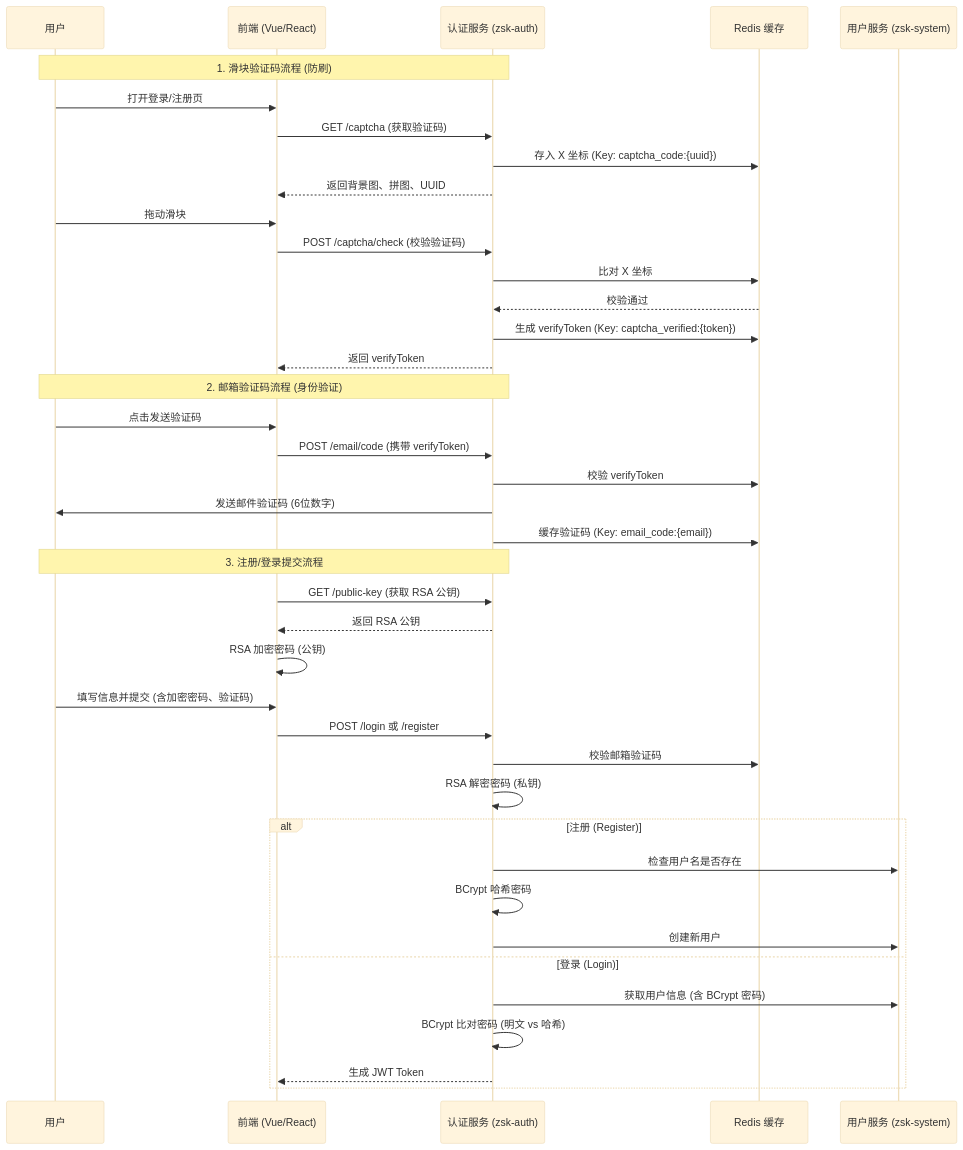
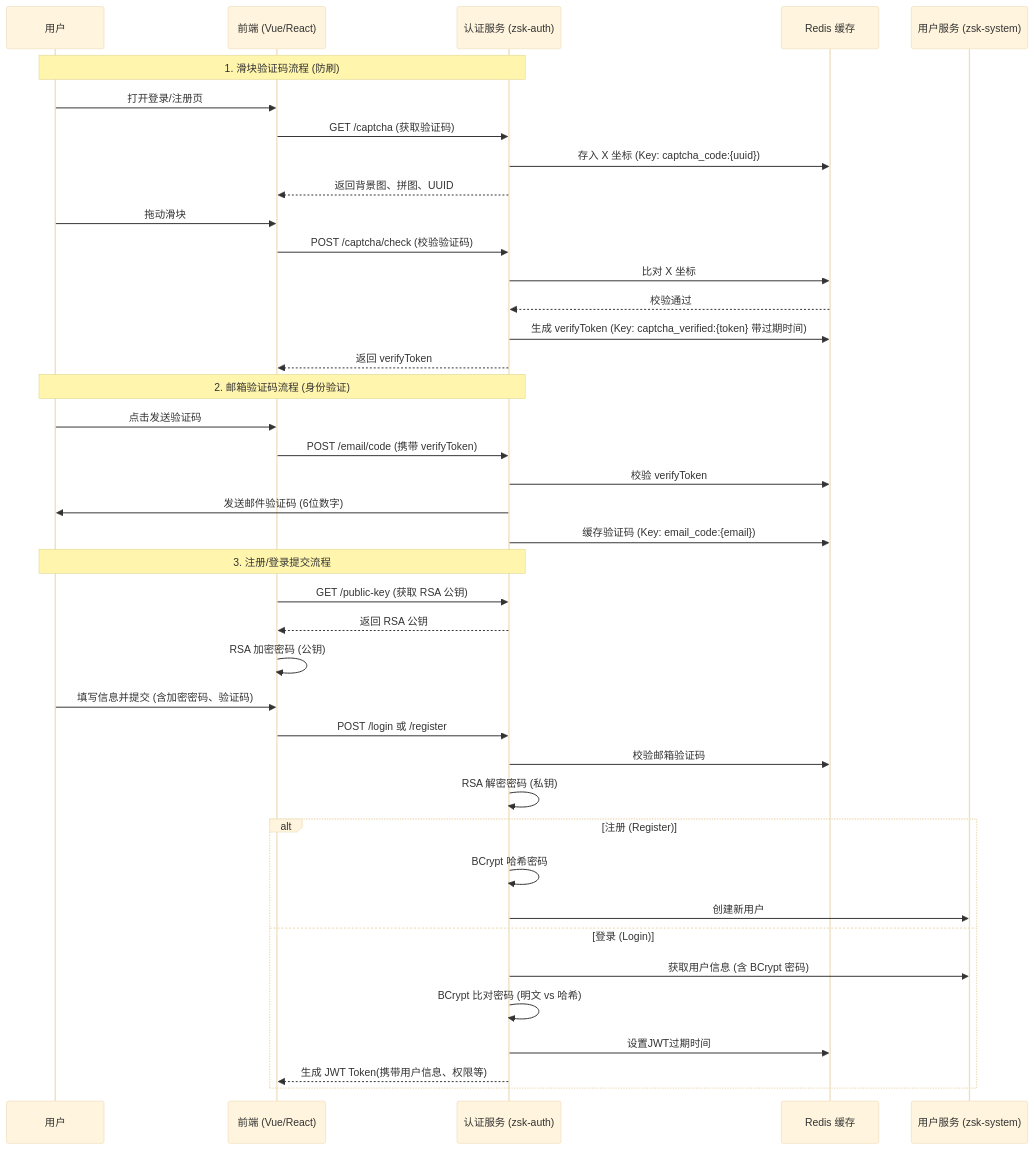
The first of 2 diagrams in docs/认证流程说明.md (MmzMing/zsk-cloud), drawn with Mermaid (base theme) before and after one commit. The commit also changed other lines of this file and 1 other file, not shown here.

````diff
--- a/docs/认证流程说明.md
+++ b/docs/认证流程说明.md
@@ -9,46 +7,46 @@
 ```mermaid
 sequenceDiagram
     participant User as 用户
     participant Frontend as 前端 (Vue/React)
     participant Auth as 认证服务 (zsk-auth)
     participant Redis as Redis 缓存
     participant UserSvc as 用户服务 (zsk-system)
 
     Note over User, Auth: 1. 滑块验证码流程 (防刷)
     User->>Frontend: 打开登录/注册页
     Frontend->>Auth: GET /captcha (获取验证码)
     Auth->>Redis: 存入 X 坐标 (Key: captcha_code:{uuid})
     Auth-->>Frontend: 返回背景图、拼图、UUID
     User->>Frontend: 拖动滑块
     Frontend->>Auth: POST /captcha/check (校验验证码)
     Auth->>Redis: 比对 X 坐标
     Redis-->>Auth: 校验通过
-    Auth->>Redis: 生成 verifyToken (Key: captcha_verified:{token})
+    Auth->>Redis: 生成 verifyToken (Key: captcha_verified:{token} 带过期时间)
     Auth-->>Frontend: 返回 verifyToken
 
     Note over User, Auth: 2. 邮箱验证码流程 (身份验证)
     User->>Frontend: 点击发送验证码
     Frontend->>Auth: POST /email/code (携带 verifyToken)
     Auth->>Redis: 校验 verifyToken
     Auth->>User: 发送邮件验证码 (6位数字)
     Auth->>Redis: 缓存验证码 (Key: email_code:{email})
 
     Note over User, Auth: 3. 注册/登录提交流程
     Frontend->>Auth: GET /public-key (获取 RSA 公钥)
     Auth-->>Frontend: 返回 RSA 公钥
     Frontend->>Frontend: RSA 加密密码 (公钥)
     User->>Frontend: 填写信息并提交 (含加密密码、验证码)
     Frontend->>Auth: POST /login 或 /register
     Auth->>Redis: 校验邮箱验证码
     Auth->>Auth: RSA 解密密码 (私钥)
     
     alt 注册 (Register)
-        Auth->>UserSvc: 检查用户名是否存在
         Auth->>Auth: BCrypt 哈希密码
         Auth->>UserSvc: 创建新用户
     else 登录 (Login)
         Auth->>UserSvc: 获取用户信息 (含 BCrypt 密码)
         Auth->>Auth: BCrypt 比对密码 (明文 vs 哈希)
-        Auth-->>Frontend: 生成 JWT Token
+        Auth ->>Redis:设置JWT过期时间
+        Auth-->>Frontend: 生成 JWT Token(携带用户信息、权限等)
     end
 ```
````
